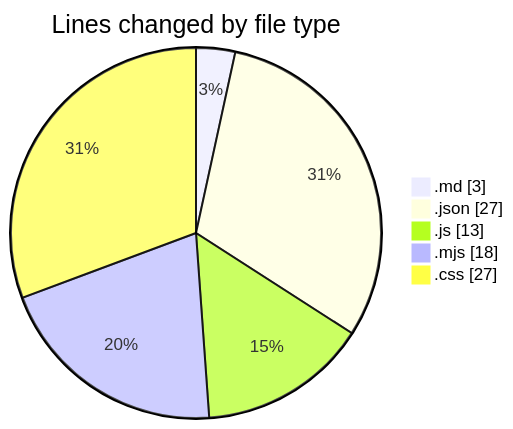
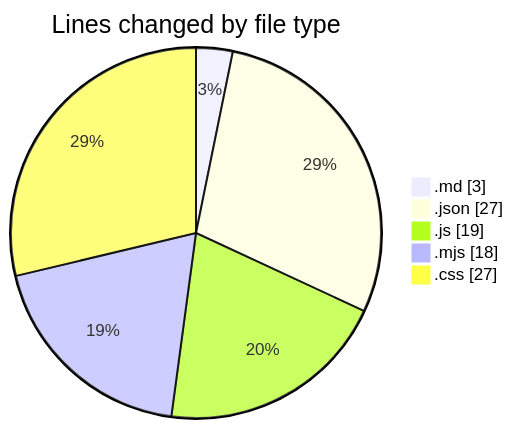
One commit to Ritupan-Deka/code-tracking changed the first of 2 diagrams in 2025-06-18/scopesketch-app/README.md. Above: the diagram before and after it, drawn with Mermaid. The commit also changed other lines of this file and 1 other file, not shown here.

````diff
--- a/2025-06-18/scopesketch-app/README.md
+++ b/2025-06-18/scopesketch-app/README.md
@@ -24,9 +25,9 @@
 ```mermaid
 pie showData
 title Lines changed by file type
 ".md" : 3
 ".json" : 27
-".js" : 13
+".js" : 19
 ".mjs" : 18
 ".css" : 27
 ```
````
